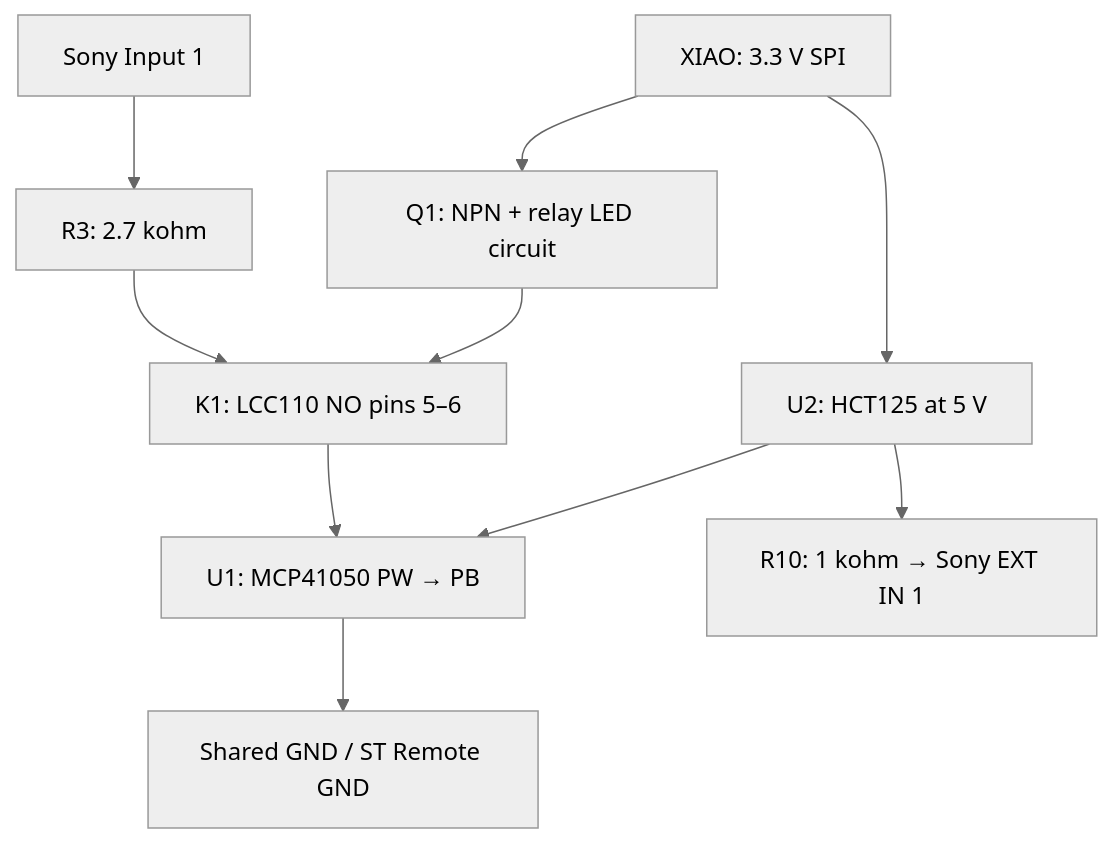
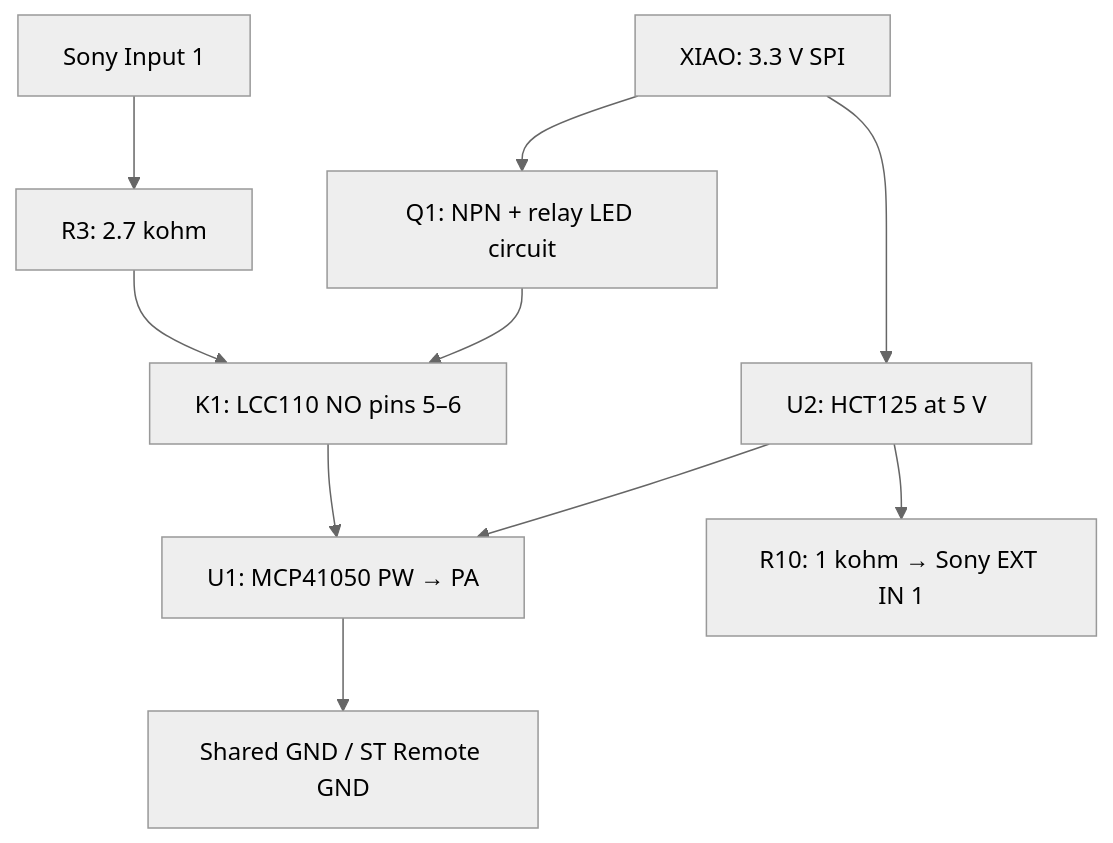
One commit to dorkusprime/miata-remote-control-knob changed the diagram in docs/sony-interface.md. Above: the diagram before and after it, drawn with Mermaid (neutral theme). The commit also changed other lines of this file and 19 other files, not shown here.

````diff
--- a/docs/sony-interface.md
+++ b/docs/sony-interface.md
@@ -34,12 +34,12 @@
 ```mermaid
 flowchart TD
     S["Sony Input 1"] --> R["R3: 2.7 kohm"]
     R --> K["K1: LCC110 NO pins 5–6"]
-    K --> P["U1: MCP41050 PW → PB"]
+    K --> P["U1: MCP41050 PW → PA"]
     P --> G["Shared GND / ST Remote GND"]
     X["XIAO: 3.3 V SPI"] --> B["U2: HCT125 at 5 V"]
     B --> P
     B --> C["R10: 1 kohm → Sony EXT IN 1"]
     X --> Q["Q1: NPN + relay LED circuit"]
     Q --> K
 ```
````
